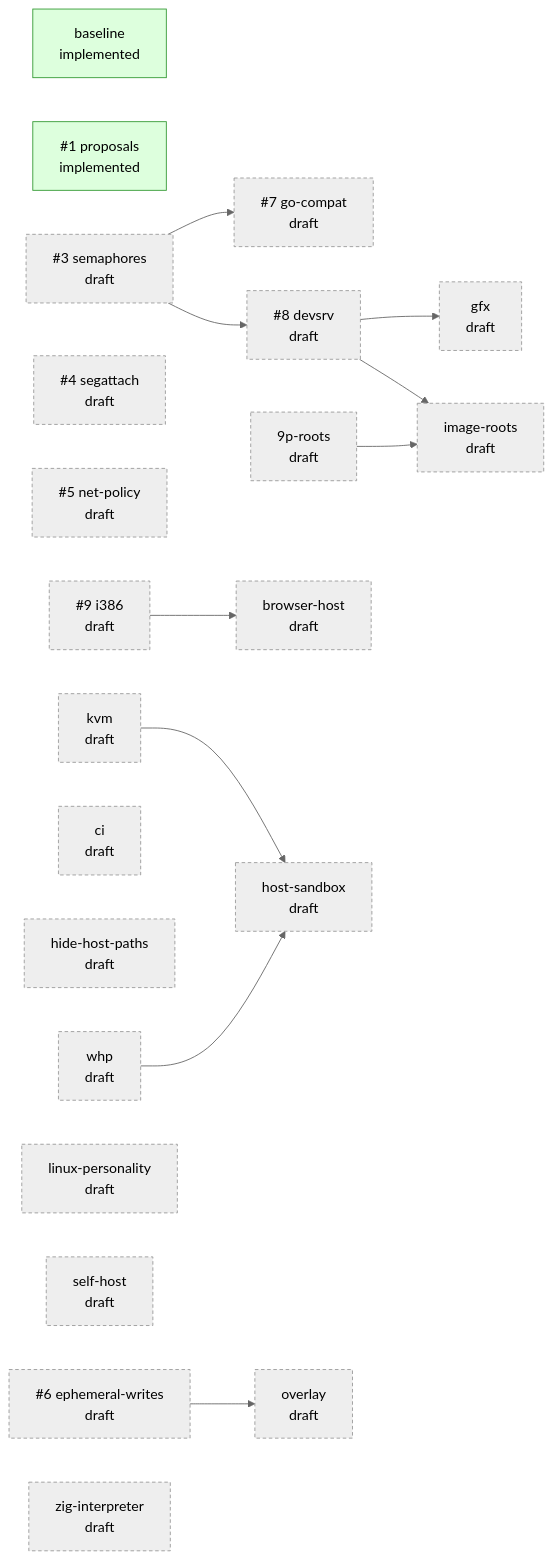
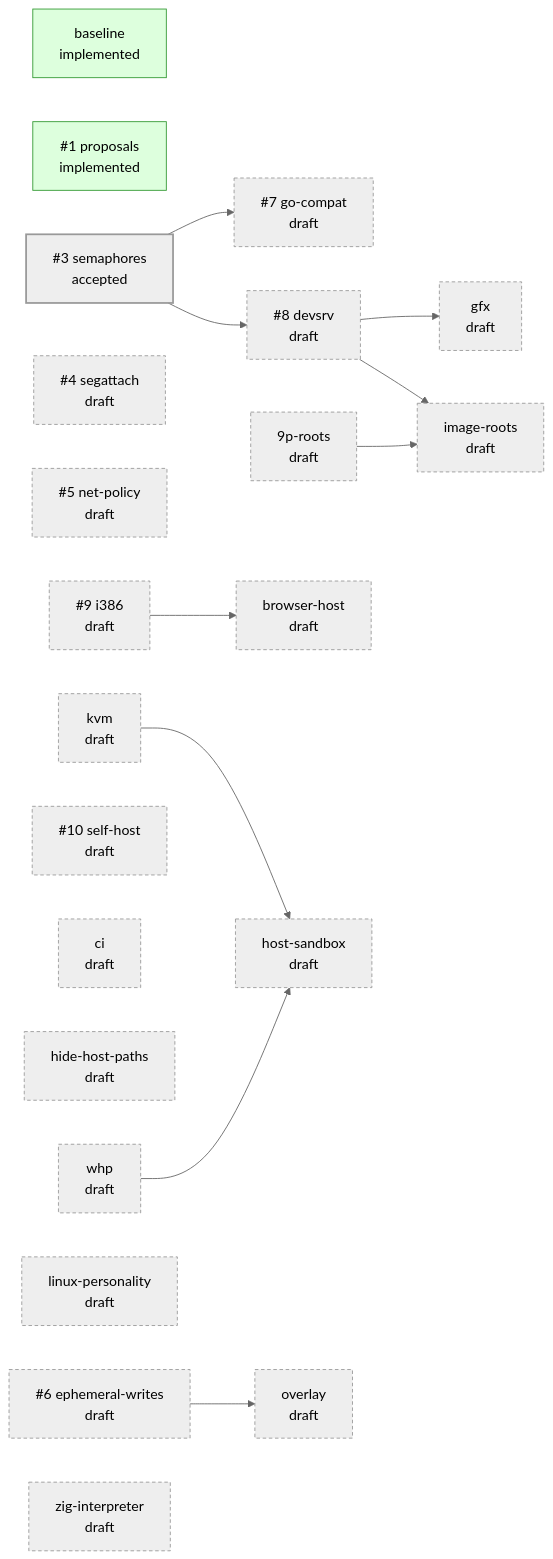
The diagram in README.md (jpf/hyper9), drawn with Mermaid (neutral theme) before and after one commit. The commit also changed other lines of this file and 7 other files, not shown here.

Commit message:
design: file self-host as #10

````diff
--- a/README.md
+++ b/README.md
@@ -39,38 +39,38 @@
 ```mermaid
 flowchart LR
   classDef draft stroke-dasharray: 4 3
   classDef accepted stroke-width: 2px
   classDef implemented fill:#dfd,stroke:#393
   classDef closed fill:#eee,stroke:#999,color:#777
   p_baseline["baseline<br/>implemented"]:::implemented
   p_proposals["#35;1 proposals<br/>implemented"]:::implemented
-  p_semaphores["#35;3 semaphores<br/>draft"]:::draft
+  p_semaphores["#35;3 semaphores<br/>accepted"]:::accepted
   p_segattach["#35;4 segattach<br/>draft"]:::draft
   p_net_policy["#35;5 net-policy<br/>draft"]:::draft
   p_ephemeral_writes["#35;6 ephemeral-writes<br/>draft"]:::draft
   p_go_compat["#35;7 go-compat<br/>draft"]:::draft
   p_devsrv["#35;8 devsrv<br/>draft"]:::draft
   p_i386["#35;9 i386<br/>draft"]:::draft
+  p_self_host["#35;10 self-host<br/>draft"]:::draft
   p_9p_roots["9p-roots<br/>draft"]:::draft
   p_browser_host["browser-host<br/>draft"]:::draft
   p_ci["ci<br/>draft"]:::draft
   p_gfx["gfx<br/>draft"]:::draft
   p_hide_host_paths["hide-host-paths<br/>draft"]:::draft
   p_host_sandbox["host-sandbox<br/>draft"]:::draft
   p_image_roots["image-roots<br/>draft"]:::draft
   p_kvm["kvm<br/>draft"]:::draft
   p_linux_personality["linux-personality<br/>draft"]:::draft
   p_overlay["overlay<br/>draft"]:::draft
-  p_self_host["self-host<br/>draft"]:::draft
   p_whp["whp<br/>draft"]:::draft
   p_zig_interpreter["zig-interpreter<br/>draft"]:::draft
   p_semaphores --> p_go_compat
   p_semaphores --> p_devsrv
   p_i386 --> p_browser_host
   p_devsrv --> p_gfx
   p_kvm --> p_host_sandbox
   p_whp --> p_host_sandbox
   p_devsrv --> p_image_roots
   p_9p_roots --> p_image_roots
   p_ephemeral_writes --> p_overlay
 ```
````
